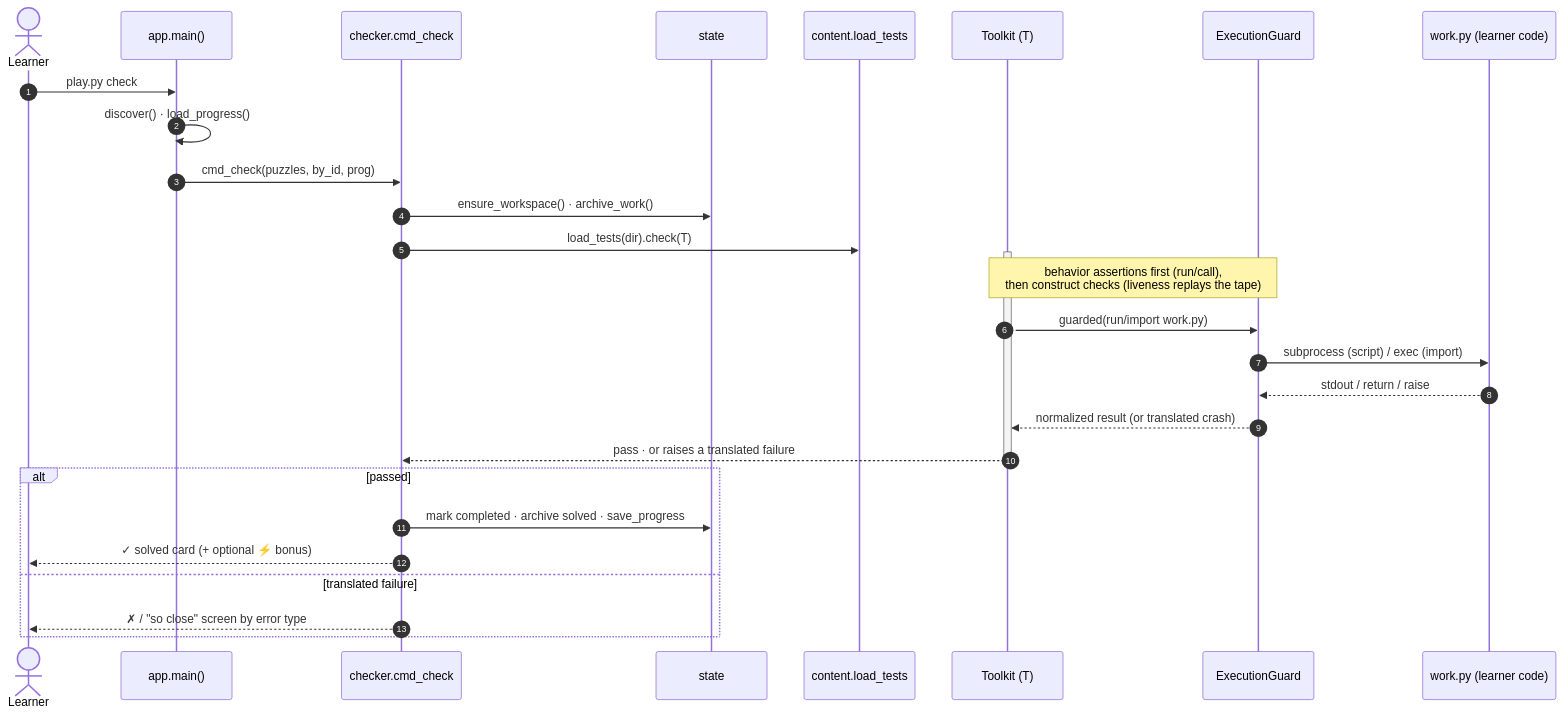
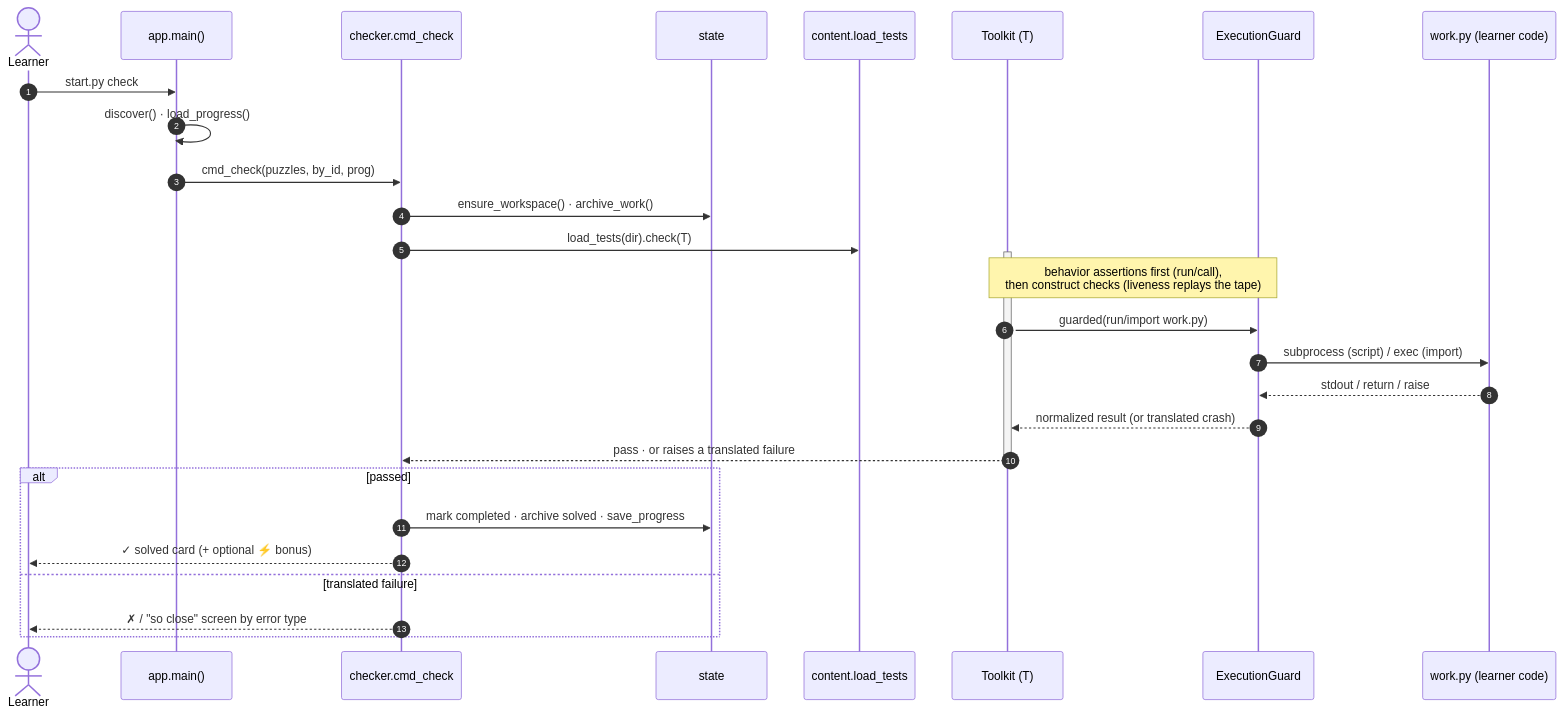
One commit to N041M/PyQuest changed diagram 11 of 12 in docs/architecture/README.md. Above: the diagram before and after it, drawn with Mermaid. The commit also changed other lines of this file and 17 other files, not shown here.

````diff
--- a/docs/architecture/README.md
+++ b/docs/architecture/README.md
@@ -325,32 +325,32 @@
 ```mermaid
 sequenceDiagram
     autonumber
     actor L as Learner
     participant App as app.main()
     participant Ck as checker.cmd_check
     participant St as state
     participant Co as content.load_tests
     participant T as Toolkit (T)
     participant G as ExecutionGuard
     participant Sol as work.py (learner code)
 
-    L->>App: play.py check
+    L->>App: start.py check
     App->>App: discover() · load_progress()
     App->>Ck: cmd_check(puzzles, by_id, prog)
     Ck->>St: ensure_workspace() · archive_work()
     Ck->>Co: load_tests(dir).check(T)
     activate T
     Note over T,G: behavior assertions first (run/call),<br/>then construct checks (liveness replays the tape)
     T->>G: guarded(run/import work.py)
     G->>Sol: subprocess (script) / exec (import)
     Sol-->>G: stdout / return / raise
     G-->>T: normalized result (or translated crash)
     T-->>Ck: pass · or raises a translated failure
     deactivate T
     alt passed
         Ck->>St: mark completed · archive solved · save_progress
         Ck-->>L: ✓ solved card (+ optional ⚡ bonus)
     else translated failure
         Ck-->>L: ✗ / "so close" screen by error type
     end
 ```
````
